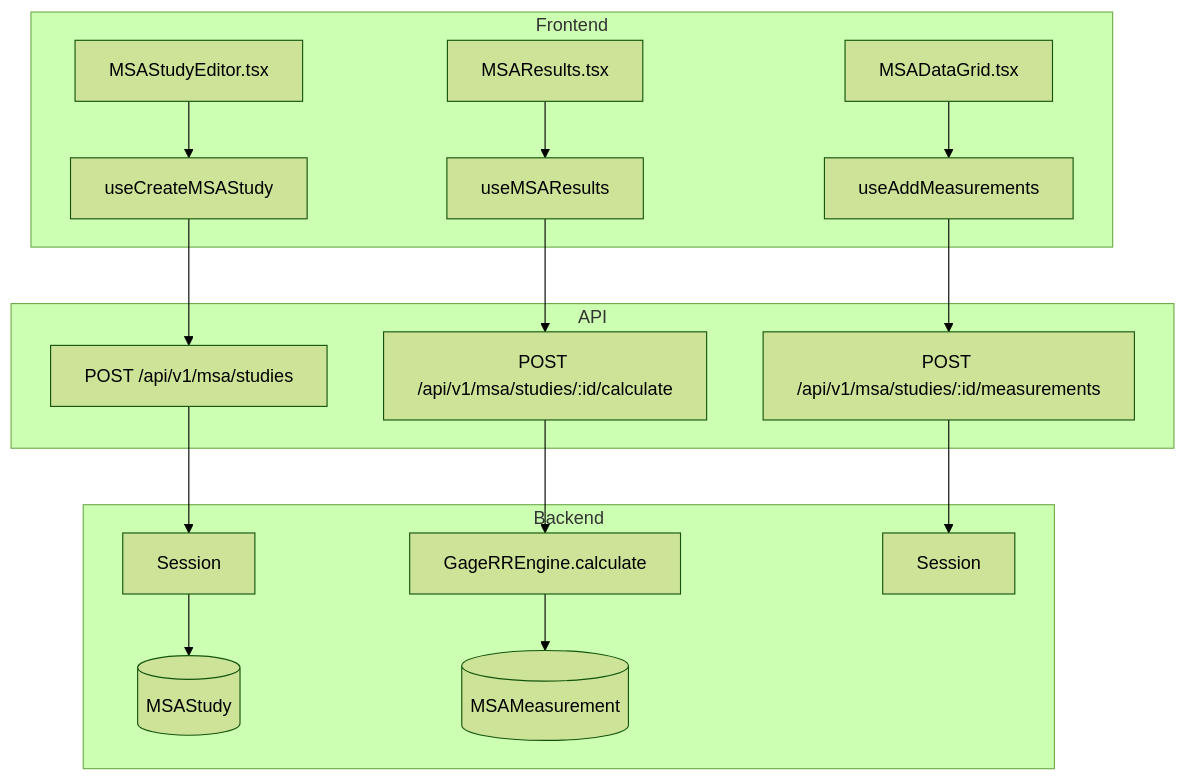
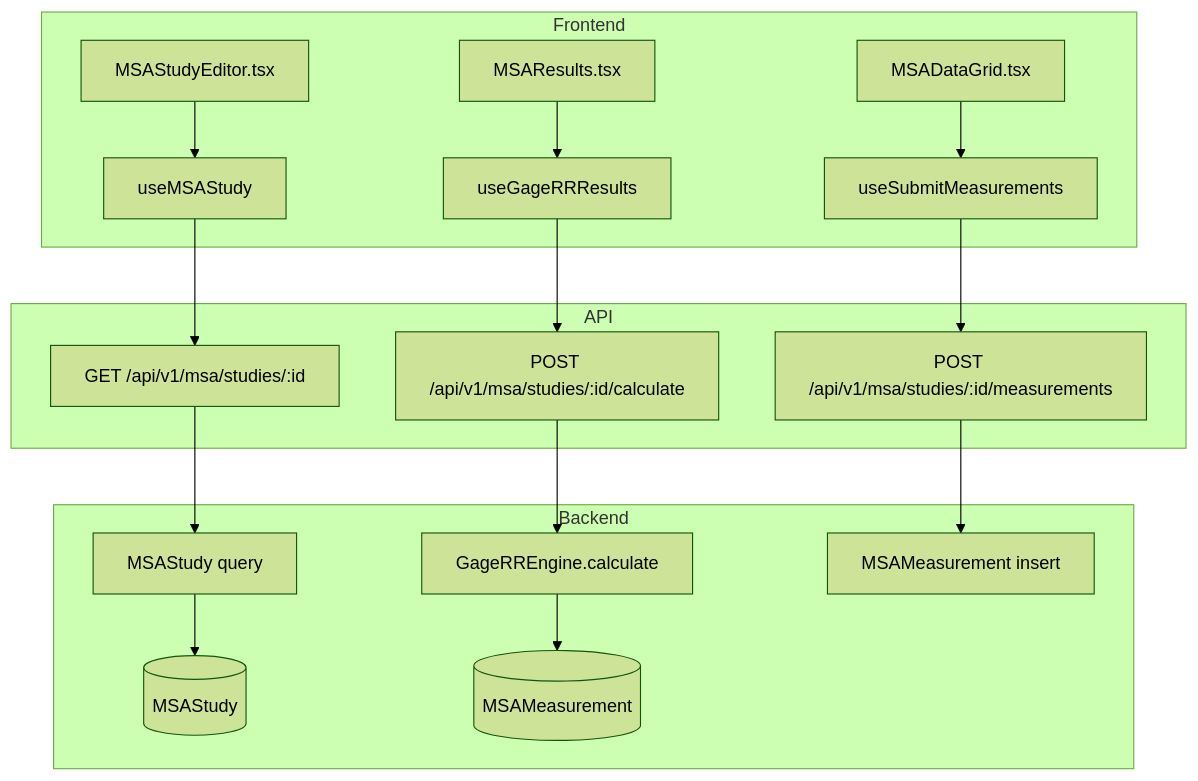
Before and after one commit to saturnis-io/cassini: the first of 2 diagrams in .knowledge/features/msa.md, drawn with Mermaid (forest theme). The commit also changed other lines of this file and 15 other files, not shown here.

Commit message:
knowledge-graph: regenerate

````diff
--- a/.knowledge/features/msa.md
+++ b/.knowledge/features/msa.md
@@ -5,20 +5,20 @@
 ```mermaid
 flowchart TD
     subgraph Frontend
-        C1[MSAStudyEditor.tsx] --> H1[useCreateMSAStudy]
-        C2[MSAResults.tsx] --> H2[useMSAResults]
-        C3[MSADataGrid.tsx] --> H3[useAddMeasurements]
+        C1[MSAStudyEditor.tsx] --> H1[useMSAStudy]
+        C2[MSAResults.tsx] --> H2[useGageRRResults]
+        C3[MSADataGrid.tsx] --> H3[useSubmitMeasurements]
     end
     subgraph API
-        H1 --> E1[POST /api/v1/msa/studies]
+        H1 --> E1[GET /api/v1/msa/studies/:id]
         H2 --> E2[POST /api/v1/msa/studies/:id/calculate]
         H3 --> E3[POST /api/v1/msa/studies/:id/measurements]
     end
     subgraph Backend
-        E1 --> R1[Session]
+        E1 --> R1[MSAStudy query]
         R1 --> M1[(MSAStudy)]
         E2 --> S1[GageRREngine.calculate]
         S1 --> M2[(MSAMeasurement)]
-        E3 --> R2[Session]
+        E3 --> R2[MSAMeasurement insert]
     end
 ```
````
